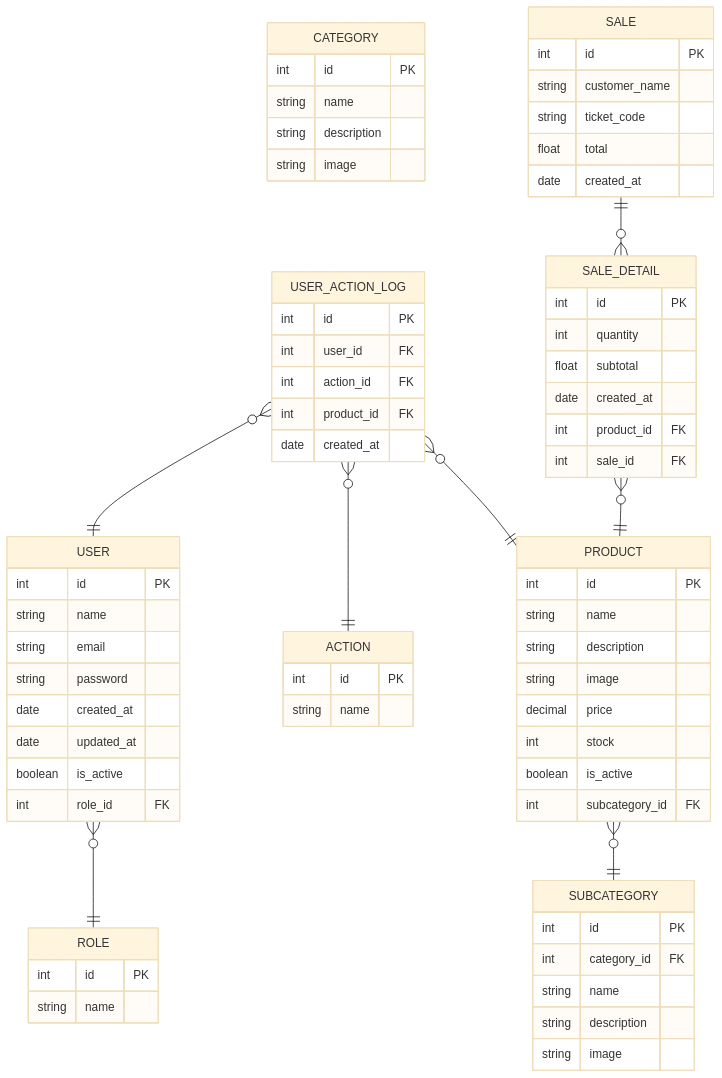
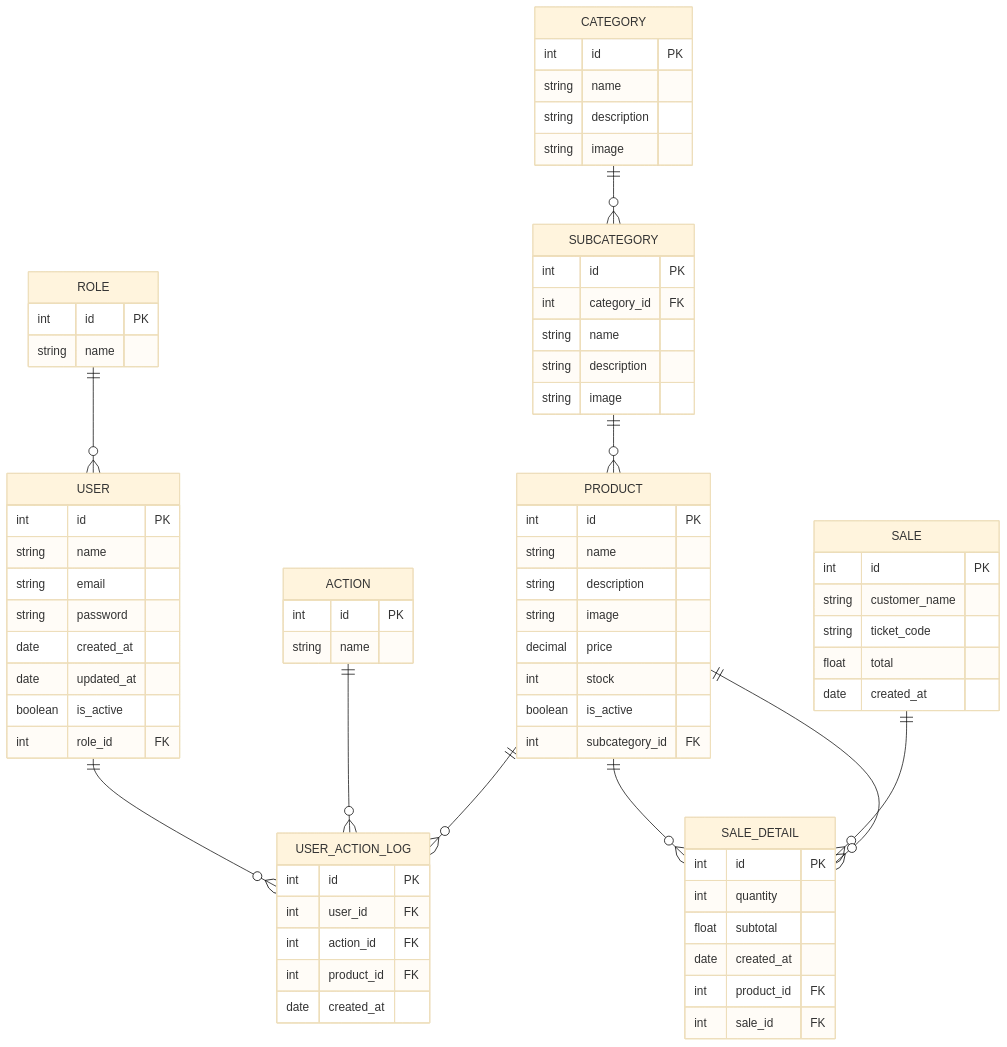
One commit to DiegoJavOlivera/duoDinamico.TP changed the diagram in README.md. Above: the diagram before and after it, drawn with Mermaid (base theme).

Commit message:
fix mermaid diagram

````diff
--- a/README.md
+++ b/README.md
@@ -495,74 +495,76 @@
 ```mermaid
 erDiagram
     PRODUCT {
         int id PK
         string name
         string description
         string image
         decimal price
         int stock
         boolean is_active
         int subcategory_id FK
     }
     CATEGORY {
         int id PK
         string name
         string description
         string image
     }
     SUBCATEGORY {
         int id PK
         int category_id FK
         string name
         string description
         string image
     }
     USER {
         int id PK
         string name
         string email
         string password
         date created_at
         date updated_at
         boolean is_active
         int role_id FK
     }
     ROLE {
         int id PK
         string name
     }
     ACTION {
         int id PK
         string name
     }
     USER_ACTION_LOG {
         int id PK
         int user_id FK
         int action_id FK
         int product_id FK
         date created_at
     }
     SALE {
         int id PK
         string customer_name
         string ticket_code
         float total
         date created_at
     }
     SALE_DETAIL {
         int id PK
         int quantity 
         float subtotal 
         date created_at
         int product_id FK
         int sale_id FK
     }
 
-    PRODUCT }o--|| SUBCATEGORY : ""
-    USER }o--|| ROLE : ""
-    USER_ACTION_LOG }o--|| USER : ""
-    USER_ACTION_LOG }o--|| ACTION : ""
-    USER_ACTION_LOG }o--|| PRODUCT : ""
+    CATEGORY ||--o{ SUBCATEGORY : ""
+    SUBCATEGORY ||--o{ PRODUCT : ""
+    ROLE ||--o{ USER : ""
+    USER ||--o{ USER_ACTION_LOG : ""
+    ACTION ||--o{ USER_ACTION_LOG : ""
+    PRODUCT ||--o{ USER_ACTION_LOG : ""
+    PRODUCT ||--o{ SALE_DETAIL : ""
     SALE ||--o{ SALE_DETAIL : ""
     SALE_DETAIL }o--|| PRODUCT : ""
 ```
````
